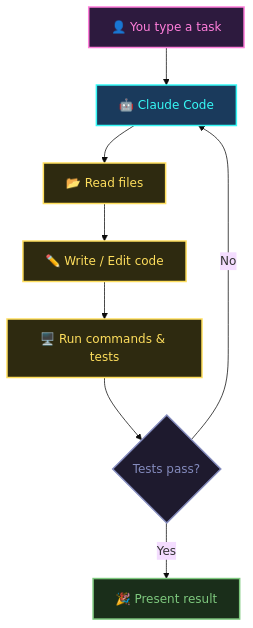
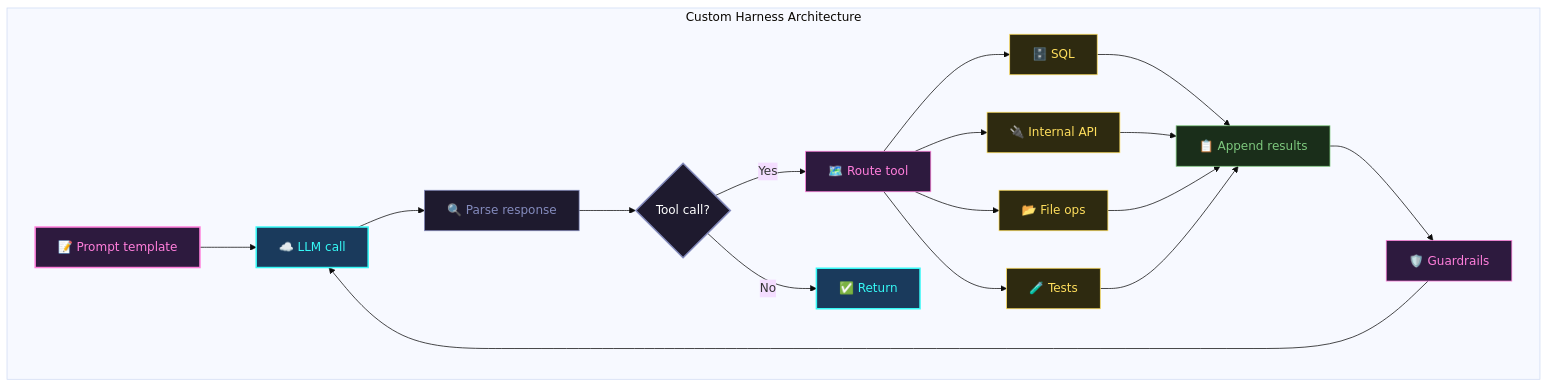
The third of 5 diagrams in decks/harness-engineering/slides.md (what-the-func/slides), drawn with Mermaid (base theme) before and after one commit. The commit also changed other lines of this file and 2 other files, not shown here.

````diff
--- a/decks/harness-engineering/slides.md
+++ b/decks/harness-engineering/slides.md
@@ -311,16 +289,27 @@
-```mermaid {theme: 'dark', scale: 0.5}
+```mermaid {theme: 'dark'}
 graph TD
-    U["👤 You type a task"]:::user --> CC["🤖 Claude Code"]:::agent
-    CC --> R["📂 Read files"]:::tool
-    R --> W["✏️ Write / Edit code"]:::tool
-    W --> S["🖥️ Run commands & tests"]:::tool
-    S --> Check{"Tests pass?"}:::decision
-    Check -- No --> CC
-    Check -- Yes --> Done["🎉 Present result"]:::done
+    subgraph "Custom Harness Architecture"
+        P["📝 Prompt template"]:::prompt --> L["☁️ LLM call"]:::llm
+        L --> Parse["🔍 Parse response"]:::parse
+        Parse --> TU{"Tool call?"}:::decision
+        TU -- Yes --> Router["🗺️ Route tool"]:::router
+        Router --> T1["🗄️ SQL"]:::tool
+        Router --> T2["🔌 Internal API"]:::tool
+        Router --> T3["📂 File ops"]:::tool
+        Router --> T4["🧪 Tests"]:::tool
+        T1 & T2 & T3 & T4 --> Append["📋 Append results"]:::append
+        Append --> Guard["🛡️ Guardrails"]:::guard
+        Guard --> L
+        TU -- No --> Out["✅ Return"]:::done
+    end
 
-    classDef user fill:#2d1a3e,stroke:#ff7edb,stroke-width:2px,color:#ff7edb
-    classDef agent fill:#1a3a5c,stroke:#36f9f6,stroke-width:2px,color:#36f9f6
-    classDef tool fill:#2e2a10,stroke:#fede5d,stroke-width:2px,color:#fede5d
-    classDef decision fill:#1e1a2e,stroke:#848bbd,stroke-width:2px,color:#848bbd
-    classDef done fill:#1a2e1a,stroke:#7ec87e,stroke-width:2px,color:#7ec87e
+    classDef prompt fill:#2d1a3e,stroke:#ff7edb,stroke-width:2px,color:#ff7edb
+    classDef llm fill:#1a3a5c,stroke:#36f9f6,stroke-width:2px,color:#36f9f6
+    classDef parse fill:#1e1a2e,stroke:#848bbd,stroke-width:1px,color:#848bbd
+    classDef decision fill:#1e1a2e,stroke:#848bbd,stroke-width:2px,color:#fff
+    classDef router fill:#2d1a3e,stroke:#ff7edb,stroke-width:1px,color:#ff7edb
+    classDef tool fill:#2e2a10,stroke:#fede5d,stroke-width:1px,color:#fede5d
+    classDef append fill:#1a2e1a,stroke:#7ec87e,stroke-width:1px,color:#7ec87e
+    classDef guard fill:#2d1a3e,stroke:#ff7edb,stroke-width:1px,color:#ff7edb
+    classDef done fill:#1a3a5c,stroke:#36f9f6,stroke-width:2px,color:#36f9f6
 ```
````
